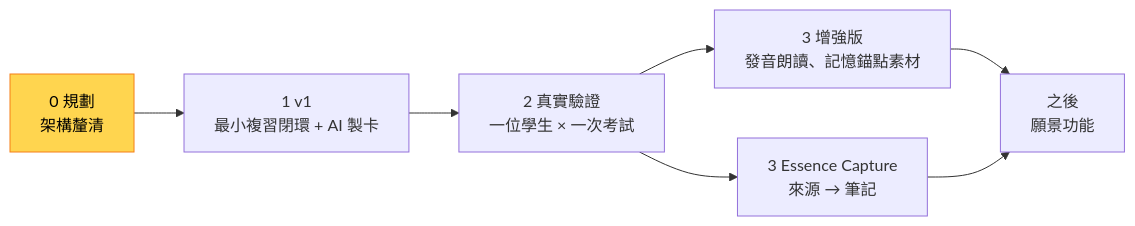
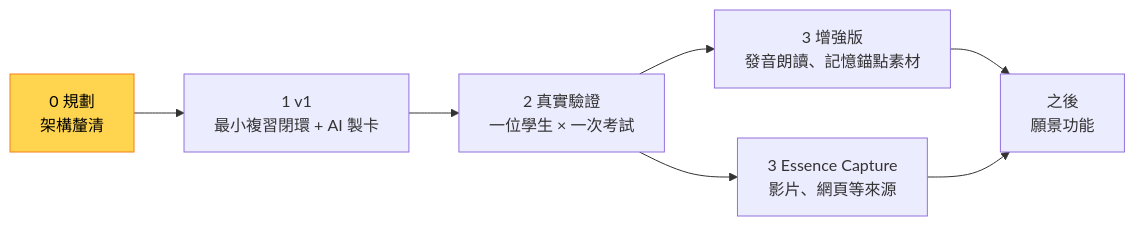
The diagram in docs/roadmap.md (kuohappiness/Essence-Cards), drawn with Mermaid before and after one commit. The commit also changed other lines of this file and 9 other files, not shown here.

````diff
--- a/docs/roadmap.md
+++ b/docs/roadmap.md
@@ -18,10 +18,10 @@
 ```mermaid
 flowchart LR
   A["0 規劃<br/>架構釐清"]:::now --> B["1 v1<br/>最小複習閉環 + AI 製卡"]
   B --> C["2 真實驗證<br/>一位學生 × 一次考試"]
   C --> D["3 增強版<br/>發音朗讀、記憶錨點素材"]
-  C --> E["3 Essence Capture<br/>來源 → 筆記"]
+  C --> E["3 Essence Capture<br/>影片、網頁等來源"]
   D --> F["之後<br/>願景功能"]
   E --> F
   classDef now fill:#ffd54f,stroke:#f57f17,color:#000
 ```
````
